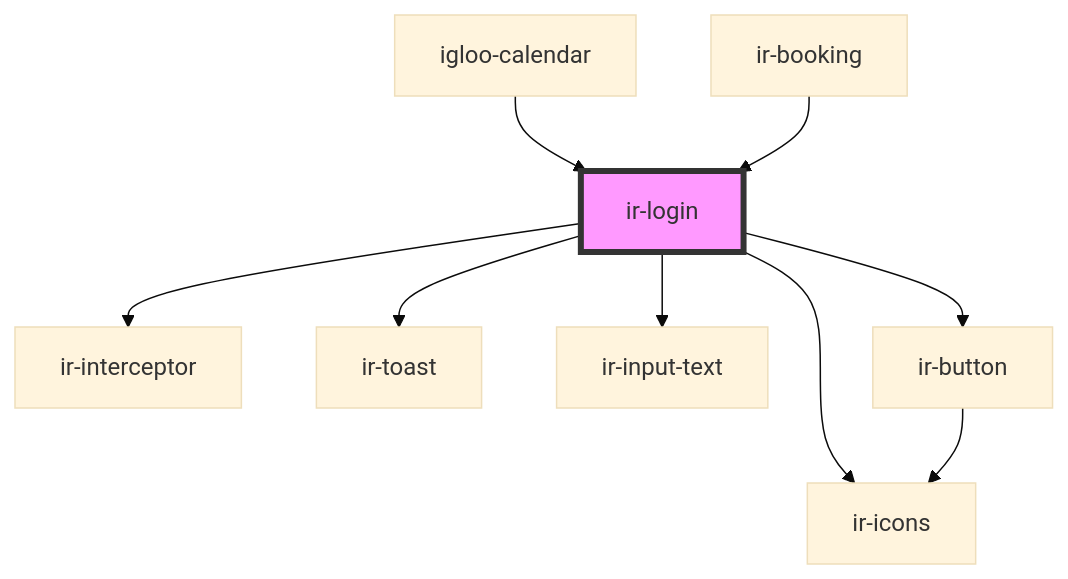
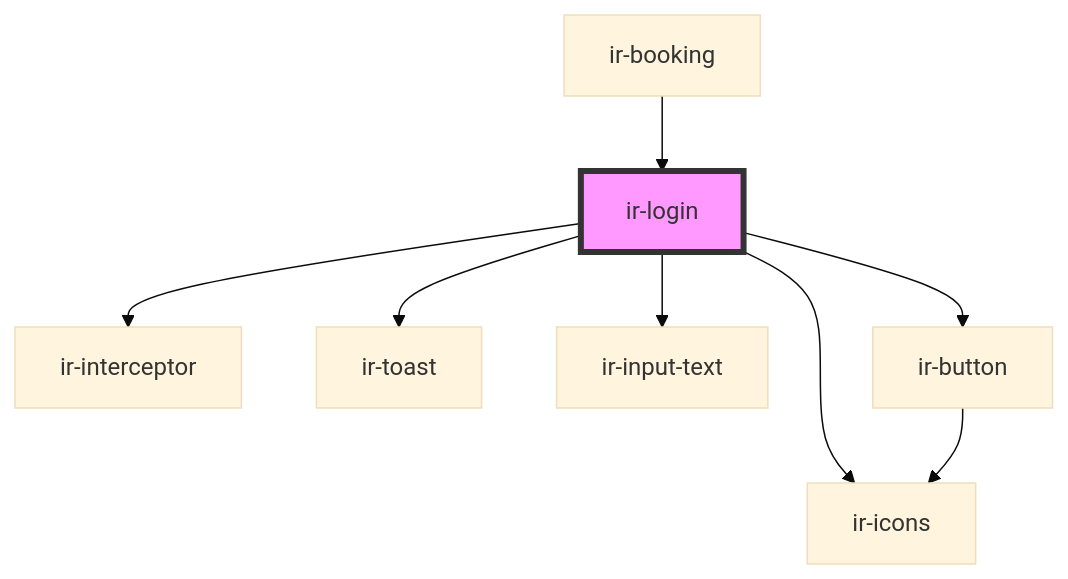
The diagram in src/components/ir-login/readme.md (David1Chowaifaty/modified-ir-webcmp), drawn with Mermaid (base theme) before and after one commit. The commit also changed other lines of this file and 13 other files, not shown here.

````diff
--- a/src/components/ir-login/readme.md
+++ b/src/components/ir-login/readme.md
@@ -31,12 +30,11 @@
 ```mermaid
 graph TD;
   ir-login --> ir-interceptor
   ir-login --> ir-toast
   ir-login --> ir-input-text
   ir-login --> ir-icons
   ir-login --> ir-button
   ir-button --> ir-icons
-  igloo-calendar --> ir-login
   ir-booking --> ir-login
   style ir-login fill:#f9f,stroke:#333,stroke-width:4px
 ```
````
